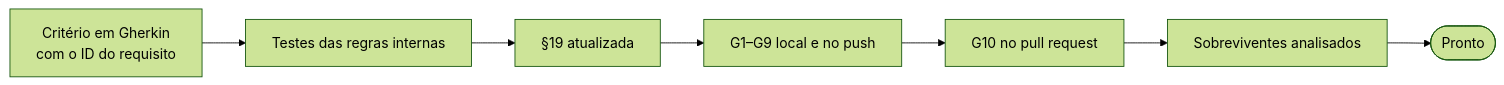
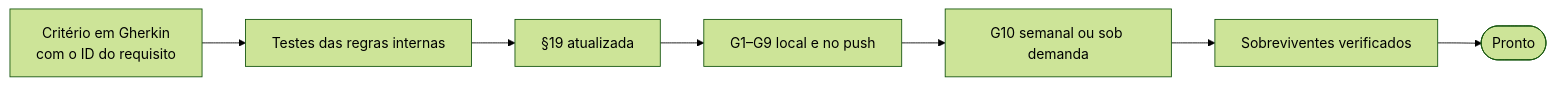
One commit to guilhermercmoraes-tech/PI2_Sprint2-Grupo-1-UFT changed diagram 45 of 45 in docs/REQUISITOS_UML.md. Above: the diagram before and after it, drawn with Mermaid (forest theme). The commit also changed other lines of this file and 23 other files, not shown here.

````diff
--- a/docs/REQUISITOS_UML.md
+++ b/docs/REQUISITOS_UML.md
@@ -1660,4 +1691,4 @@
 ```mermaid
 flowchart LR
-    A[Critério em Gherkin<br/>com o ID do requisito] --> B[Testes das regras internas] --> C[§19 atualizada] --> D[G1–G9 local e no push] --> E[G10 no pull request] --> F[Sobreviventes analisados] --> PR([Pronto])
+    A[Critério em Gherkin<br/>com o ID do requisito] --> B[Testes das regras internas] --> C[§19 atualizada] --> D[G1–G9 local e no push] --> E[G10 semanal ou sob demanda] --> F[Sobreviventes verificados] --> PR([Pronto])
 ```
````
